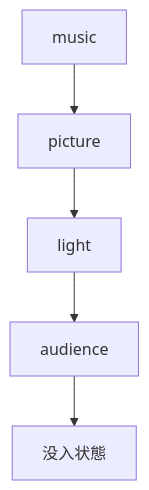
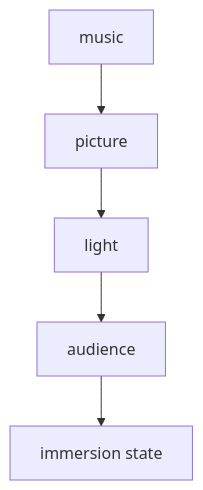
Before and after one commit to monumental-movement/monumental-movement.github.io: the first of 3 diagrams in en/_posts/2026-04-25-column-andy-warhol-velvet-underground.md, drawn with Mermaid. The commit also changed other lines of this file and 423 other files, not shown here.

```diff
--- a/en/_posts/2026-04-25-column-andy-warhol-velvet-underground.md
+++ b/en/_posts/2026-04-25-column-andy-warhol-velvet-underground.md
@@ -86,7 +86,7 @@
 <div class="mermaid">
 flowchart TD
 A[music] --> B[picture]
 B --> C[light]
 C --> D[audience]
-D --> E[没入状態]
+D --> E[immersion state]
 </div>
```
